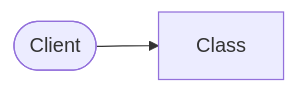
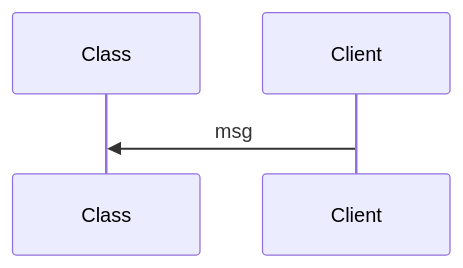
One commit to saiphanindra1010/arch_diagram_demo changed the diagram in mermade/untitled.md. Above: the diagram before and after it, drawn with Mermaid.

Commit message:
mermade: save Untitled

````diff
--- a/mermade/untitled.md
+++ b/mermade/untitled.md
@@ -3,7 +3,7 @@
 ```mermaid
-flowchart LR
-  n2[Class]
-  n3([Client])
-  n3 --> n2
-%% mermade:{"v":1,"diagramType":"architecture","nodes":{"n2":{"x":-43.71149553571432,"y":-165.61216517857142,"w":220,"h":70,"kind":"class","members":[]},"n3":{"x":-9.060267857142883,"y":31.292410714285737,"w":140,"h":72,"kind":"client"}},"groups":{},"edges":{"e1":{"relation":"assoc","label":""}}}
+sequenceDiagram
+  participant Class
+  participant Client
+  Client->>Class: msg
+%% mermade:{"v":1,"diagramType":"sequence","nodes":{"Class":{"x":-43.71149553571432,"y":-165.61216517857142,"w":220,"h":70,"kind":"class","members":[]},"Client":{"x":-9.060267857142883,"y":31.292410714285737,"w":140,"h":72,"kind":"client"}},"groups":{},"edges":{"e1":{"relation":"assoc","label":""}}}
 ```
````
